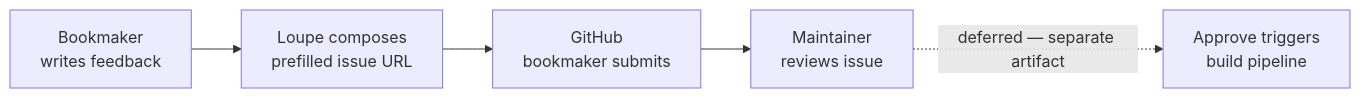
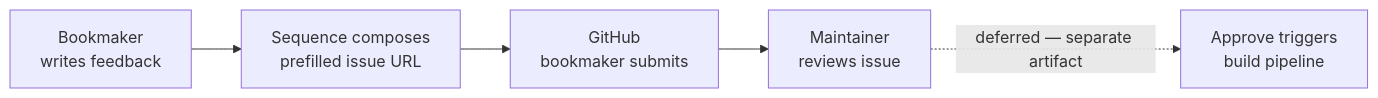
One commit to Langbra24/loupe changed the second of 3 diagrams in docs/plans/2026-08-22-001-feat-unified-canvas-plan.md. Above: the diagram before and after it, drawn with Mermaid. The commit also changed other lines of this file and 74 other files, not shown here.

First line of the commit message:
Rename Loupe to Sequence, with a migration for saved projects

````diff
--- a/docs/plans/2026-08-22-001-feat-unified-canvas-plan.md
+++ b/docs/plans/2026-08-22-001-feat-unified-canvas-plan.md
@@ -166,7 +166,7 @@
 ```mermaid
 flowchart LR
-  A["Bookmaker<br/>writes feedback"] --> B["Loupe composes<br/>prefilled issue URL"]
+  A["Bookmaker<br/>writes feedback"] --> B["Sequence composes<br/>prefilled issue URL"]
   B --> C["GitHub<br/>bookmaker submits"]
   C --> D["Maintainer<br/>reviews issue"]
   D -.->|"deferred — separate artifact"| E["Approve triggers<br/>build pipeline"]
 ```
````
